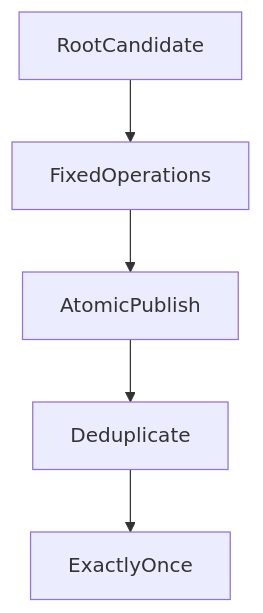
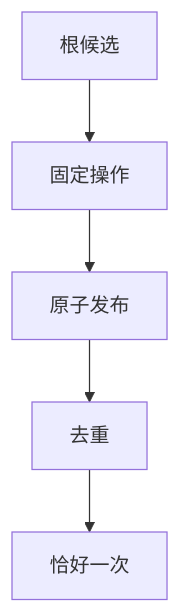
Before and after one commit to hpoenixf/eff-agent-article: the first of 2 diagrams in articles/unavailable-is-correct.md, drawn with Mermaid. The commit also changed other lines of this file and 52 other files, not shown here.

Commit message:
docs: localize diagrams and clarify flagship guides

````diff
--- a/articles/unavailable-is-correct.md
+++ b/articles/unavailable-is-correct.md
@@ -49,7 +49,7 @@
 ```mermaid
 graph TD
-RootCandidate --> FixedOperations
-FixedOperations --> AtomicPublish
-AtomicPublish --> Deduplicate
-Deduplicate --> ExactlyOnce
+RootCandidate["根候选"] --> FixedOperations["固定操作"]
+FixedOperations --> AtomicPublish["原子发布"]
+AtomicPublish --> Deduplicate["去重"]
+Deduplicate --> ExactlyOnce["恰好一次"]
 ```
````
